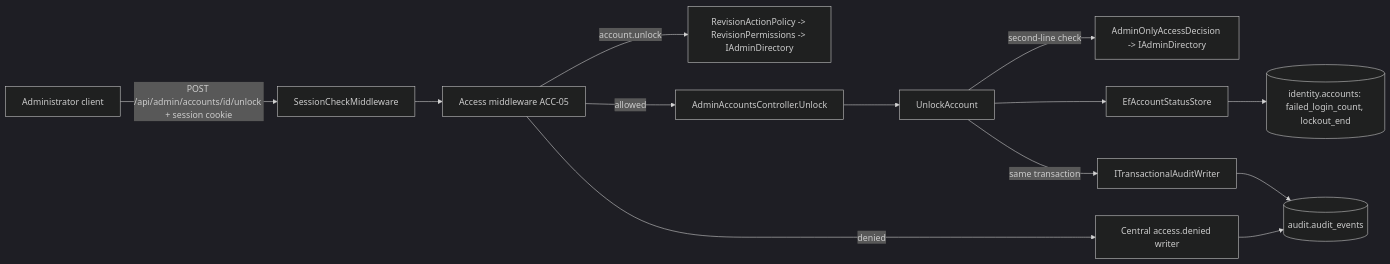
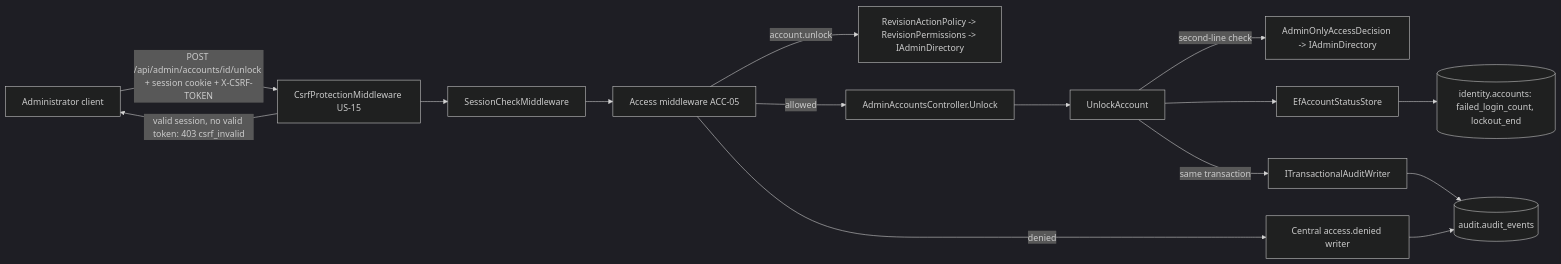
Before and after one commit to djufa762x39/security-lab: the first of 2 diagrams in docs/components/identity/IDN-05-admin-unlock.md, drawn with Mermaid (dark theme). The commit also changed other lines of this file and 3 other files, not shown here.

Commit message:
docs(identity): US-15 add the CSRF check to the IDN-05 docs

````diff
--- a/docs/components/identity/IDN-05-admin-unlock.md
+++ b/docs/components/identity/IDN-05-admin-unlock.md
@@ -28,15 +28,17 @@
 ```mermaid
 flowchart LR
-  C[Administrator client] -->|POST /api/admin/accounts/id/unlock + session cookie| SC[SessionCheckMiddleware]
+  C[Administrator client] -->|POST /api/admin/accounts/id/unlock + session cookie + X-CSRF-TOKEN| CS[CsrfProtectionMiddleware US-15]
+  CS -->|valid session, no valid token: 403 csrf_invalid| C
+  CS --> SC[SessionCheckMiddleware]
   SC --> AC[Access middleware ACC-05]
   AC -->|account.unlock| P[RevisionActionPolicy -> RevisionPermissions -> IAdminDirectory]
   AC -->|allowed| CT[AdminAccountsController.Unlock]
   CT --> UC[UnlockAccount]
   UC -->|second-line check| AD[AdminOnlyAccessDecision -> IAdminDirectory]
   UC --> ST[EfAccountStatusStore]
   ST --> D[(identity.accounts: failed_login_count, lockout_end)]
   UC -->|same transaction| AU[ITransactionalAuditWriter]
   AU --> A[(audit.audit_events)]
   AC -->|denied| AW[Central access.denied writer]
   AW --> A
 ```
````
